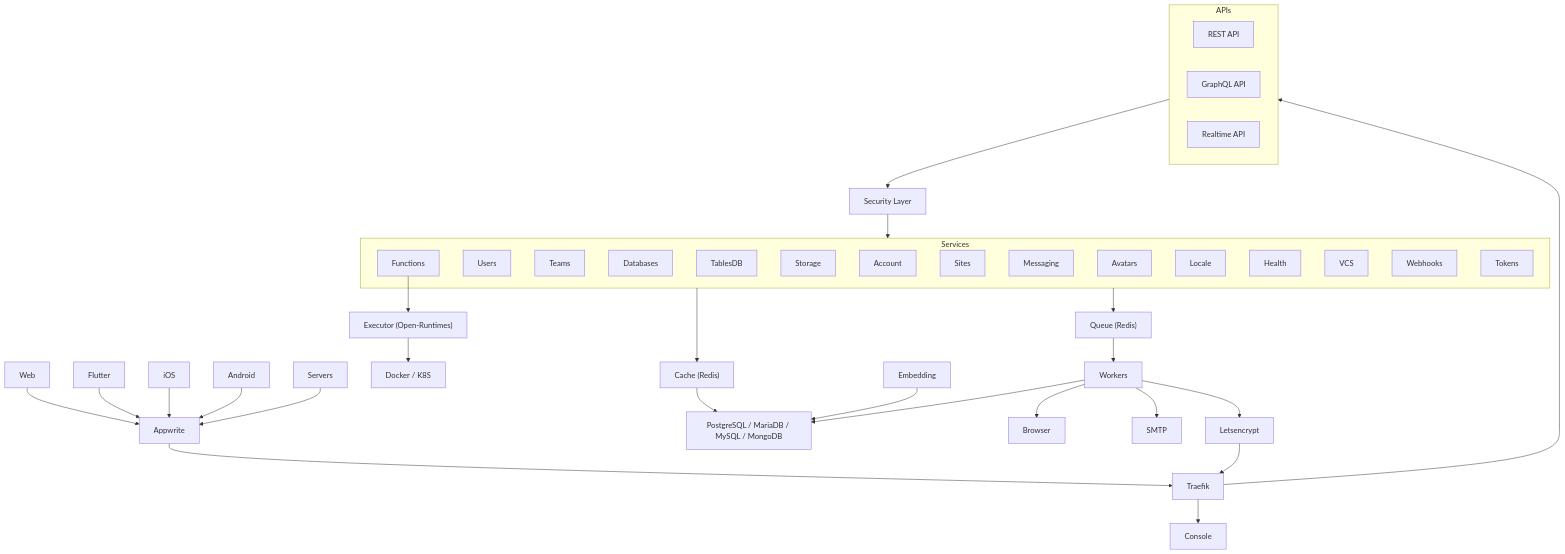
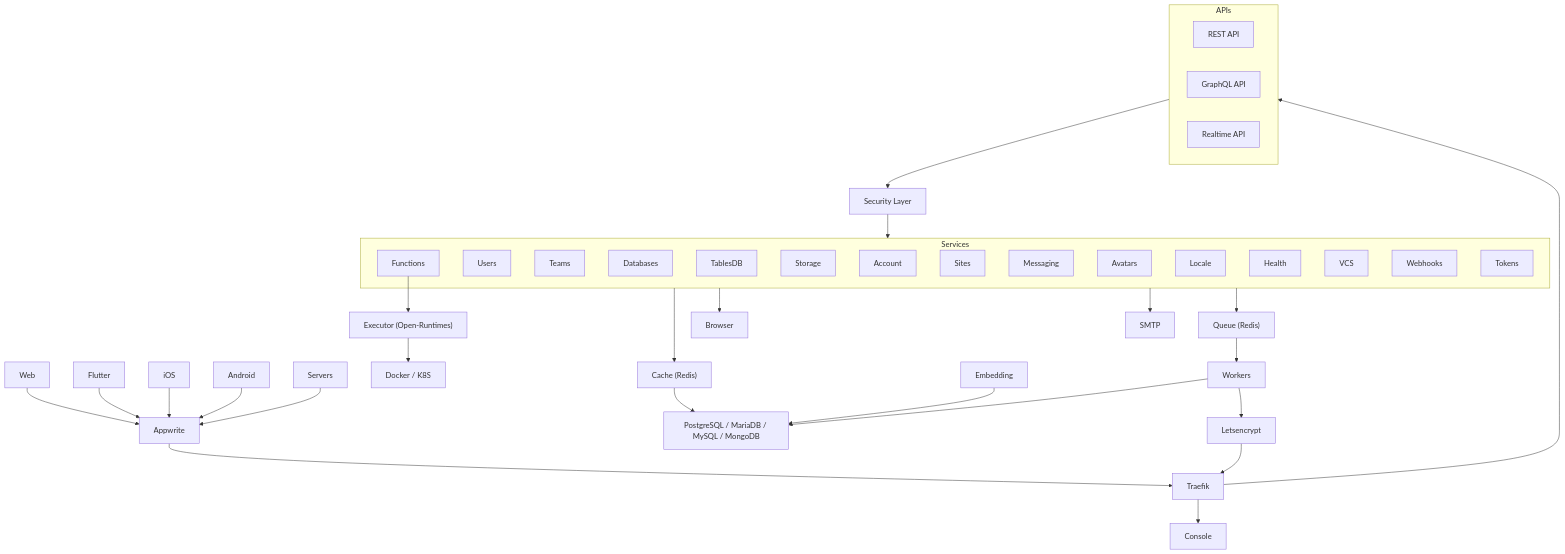
One commit to appwrite/appwrite changed the diagram in README-CN.md. Above: the diagram before and after it, drawn with Mermaid. The commit also changed 1 other file, not shown here.

Commit message:
docs: connect Browser and SMTP from the services layer

````diff
--- a/README-CN.md
+++ b/README-CN.md
@@ -215,54 +215,54 @@
 ```mermaid
 flowchart TB
   Web --> Appwrite
   Flutter --> Appwrite
   iOS --> Appwrite
   Android --> Appwrite
   Servers --> Appwrite
 
   Appwrite --> traefik[Traefik]
   traefik --> Console
 
   subgraph apis [APIs]
     direction LR
     restApi[REST API]
     graphqlApi[GraphQL API]
     realtimeApi[Realtime API]
   end
 
   traefik --> apis
   apis --> securityLayer[Security Layer]
   securityLayer --> services
 
   subgraph services [Services]
     Account
     Users
     Teams
     Databases
     TablesDB
     Storage
     Functions
     Sites
     Messaging
     Avatars
     Locale
     Health
     VCS
     Webhooks
     Tokens
   end
 
   Functions --> executor["Executor (Open-Runtimes)"]
   executor --> dockerK8s["Docker / K8S"]
 
   services --> cache["Cache (Redis)"]
   services --> queue["Queue (Redis)"]
+  services --> browser[Browser]
+  services --> SMTP
   queue --> workers[Workers]
   cache --> database["PostgreSQL / MariaDB / MySQL / MongoDB"]
   embedding[Embedding] --> database
   workers --> database
-  workers --> browser[Browser]
-  workers --> SMTP
   workers --> Letsencrypt
   Letsencrypt --> traefik
 ```
````
